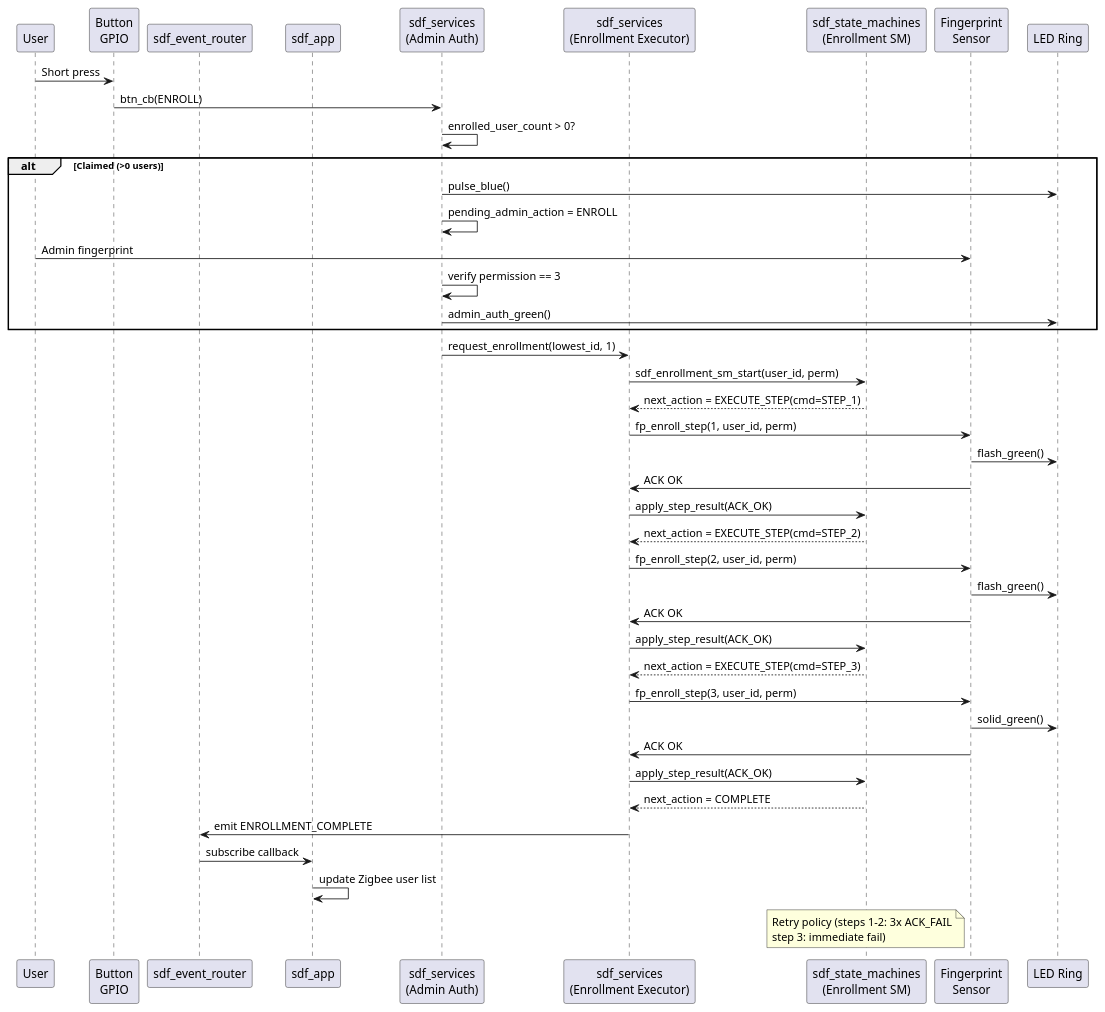
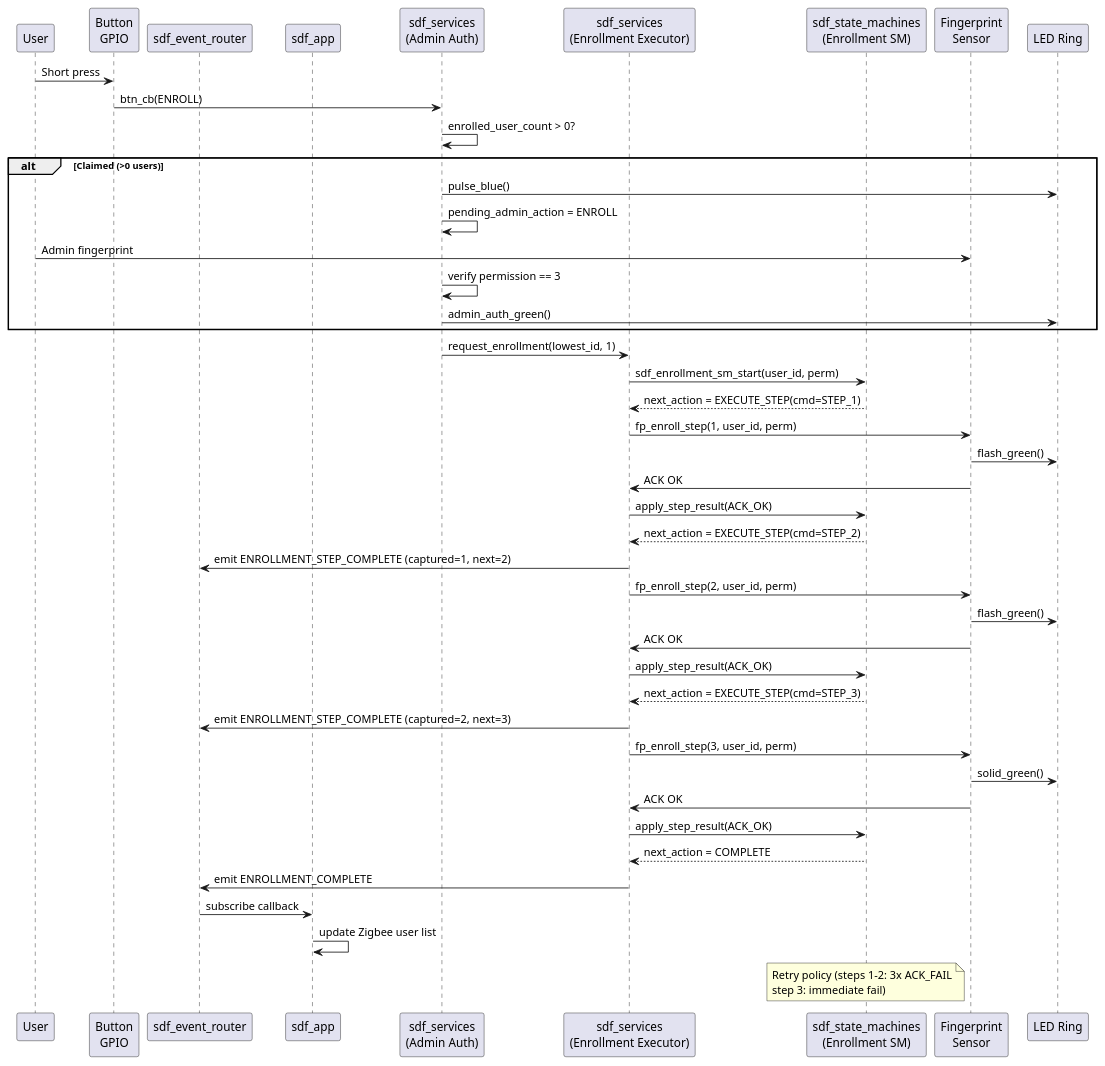
One commit to thor-ro/finger_print changed the tenth of 13 diagrams in doc/sdf_sas.md. Above: the diagram before and after it, drawn with PlantUML. The commit also changed other lines of this file and 30 other files, not shown here.

````diff
--- a/doc/sdf_sas.md
+++ b/doc/sdf_sas.md
@@ -438,46 +438,48 @@
 ```plantuml
 @startuml
 participant "User" as U
 participant "Button\nGPIO" as BTN
 participant "sdf_event_router" as EVT
 participant "sdf_app" as APP
 participant "sdf_services\n(Admin Auth)" as SVC
 participant "sdf_services\n(Enrollment Executor)" as ENR
 participant "sdf_state_machines\n(Enrollment SM)" as SM
 participant "Fingerprint\nSensor" as FPS
 participant "LED Ring" as LED
 
 U -> BTN : Short press
 BTN -> SVC : btn_cb(ENROLL)
 SVC -> SVC : enrolled_user_count > 0?
 alt Claimed (>0 users)
   SVC -> LED : pulse_blue()
   SVC -> SVC : pending_admin_action = ENROLL
   U -> FPS : Admin fingerprint
   SVC -> SVC : verify permission == 3
   SVC -> LED : admin_auth_green()
 end
 SVC -> ENR : request_enrollment(lowest_id, 1)
 ENR -> SM : sdf_enrollment_sm_start(user_id, perm)
 SM --> ENR : next_action = EXECUTE_STEP(cmd=STEP_1)
 ENR -> FPS : fp_enroll_step(1, user_id, perm)
 FPS -> LED : flash_green()
 FPS -> ENR : ACK OK
 ENR -> SM : apply_step_result(ACK_OK)
 SM --> ENR : next_action = EXECUTE_STEP(cmd=STEP_2)
+ENR -> EVT : emit ENROLLMENT_STEP_COMPLETE (captured=1, next=2)
 ENR -> FPS : fp_enroll_step(2, user_id, perm)
 FPS -> LED : flash_green()
 FPS -> ENR : ACK OK
 ENR -> SM : apply_step_result(ACK_OK)
 SM --> ENR : next_action = EXECUTE_STEP(cmd=STEP_3)
+ENR -> EVT : emit ENROLLMENT_STEP_COMPLETE (captured=2, next=3)
 ENR -> FPS : fp_enroll_step(3, user_id, perm)
 FPS -> LED : solid_green()
 FPS -> ENR : ACK OK
 ENR -> SM : apply_step_result(ACK_OK)
 SM --> ENR : next_action = COMPLETE
 ENR -> EVT : emit ENROLLMENT_COMPLETE
 EVT -> APP : subscribe callback
 APP -> APP : update Zigbee user list
 note over SM : Retry policy (steps 1-2: 3x ACK_FAIL\nstep 3: immediate fail)
 @enduml
 ```
````
